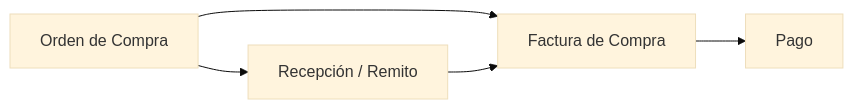
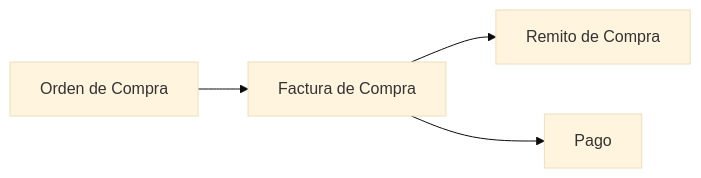
One commit to asterisk-consul/asterisksuite_docs changed the diagram in src/content/docs/procesos/compras/index.md. Above: the diagram before and after it, drawn with Mermaid (base theme). The commit also changed other lines of this file and 50 other files, not shown here.

````diff
--- a/src/content/docs/procesos/compras/index.md
+++ b/src/content/docs/procesos/compras/index.md
@@ -14,7 +14,6 @@
 ```mermaid
 flowchart LR
-  A[Orden de Compra] --> B[Recepción / Remito]
-  A --> C[Factura de Compra]
-  C --> D[Pago]
-  B --> C
+  A[Orden de Compra] --> B[Factura de Compra]
+  B --> C[Remito de Compra]
+  B --> D[Pago]
 ```
````
